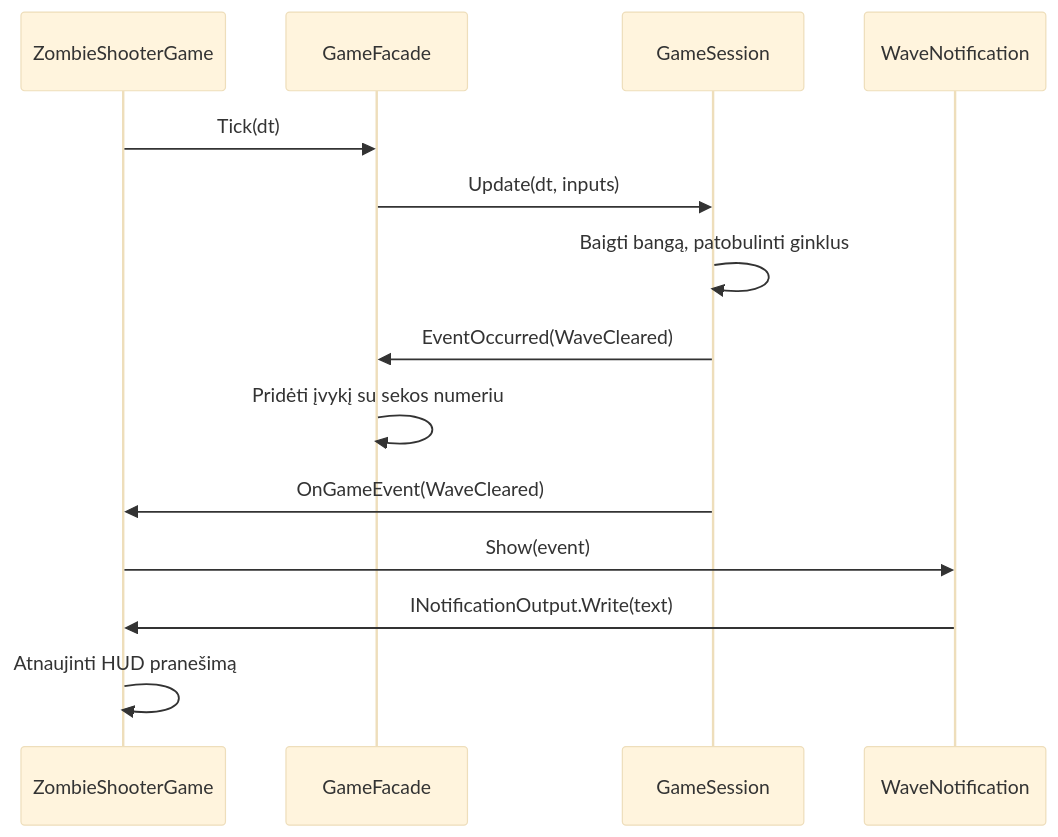
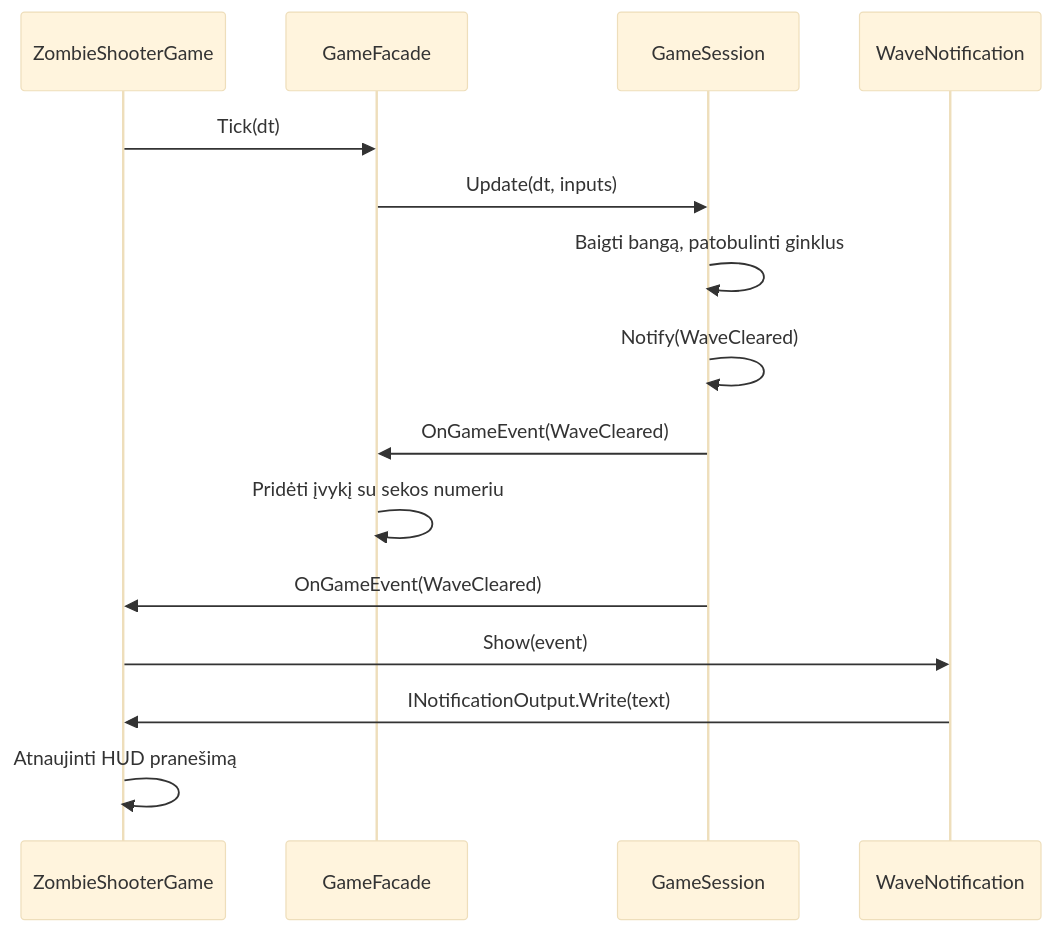
Before and after one commit to JuozasPetryla/ZombieShooter: the diagram in docs/PROJEKTO_APRASAS.md, drawn with Mermaid (base theme). The commit also changed other lines of this file and 24 other files, not shown here.

````diff
--- a/docs/PROJEKTO_APRASAS.md
+++ b/docs/PROJEKTO_APRASAS.md
@@ -131,16 +124,17 @@
 ```mermaid
 sequenceDiagram
     participant Host as ZombieShooterGame
     participant Facade as GameFacade
     participant Session as GameSession
     participant Notice as WaveNotification
     Host->>Facade: Tick(dt)
     Facade->>Session: Update(dt, inputs)
     Session->>Session: Baigti bangą, patobulinti ginklus
-    Session->>Facade: EventOccurred(WaveCleared)
+    Session->>Session: Notify(WaveCleared)
+    Session->>Facade: OnGameEvent(WaveCleared)
     Facade->>Facade: Pridėti įvykį su sekos numeriu
     Session->>Host: OnGameEvent(WaveCleared)
     Host->>Notice: Show(event)
     Notice->>Host: INotificationOutput.Write(text)
     Host->>Host: Atnaujinti HUD pranešimą
 ```
````
